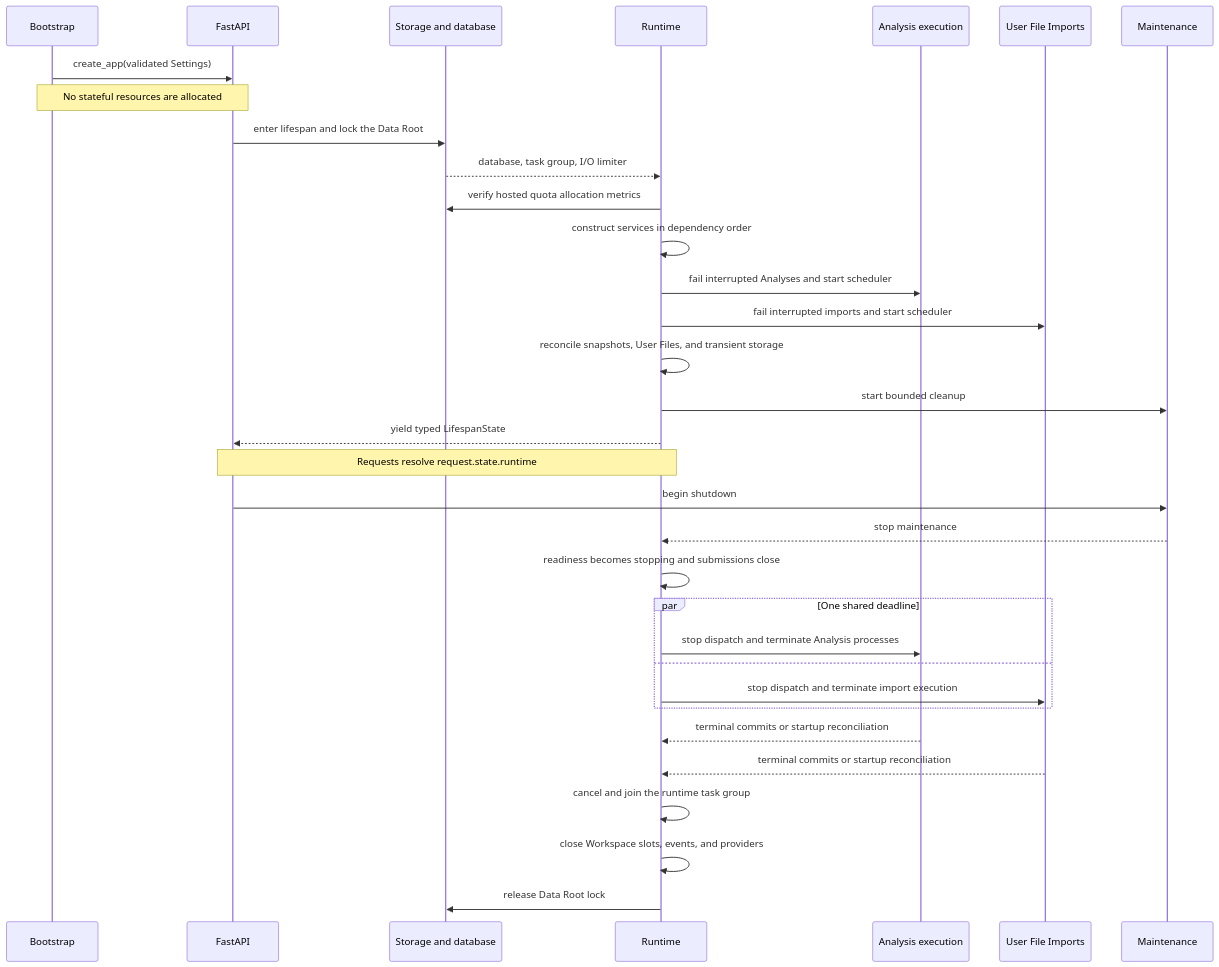
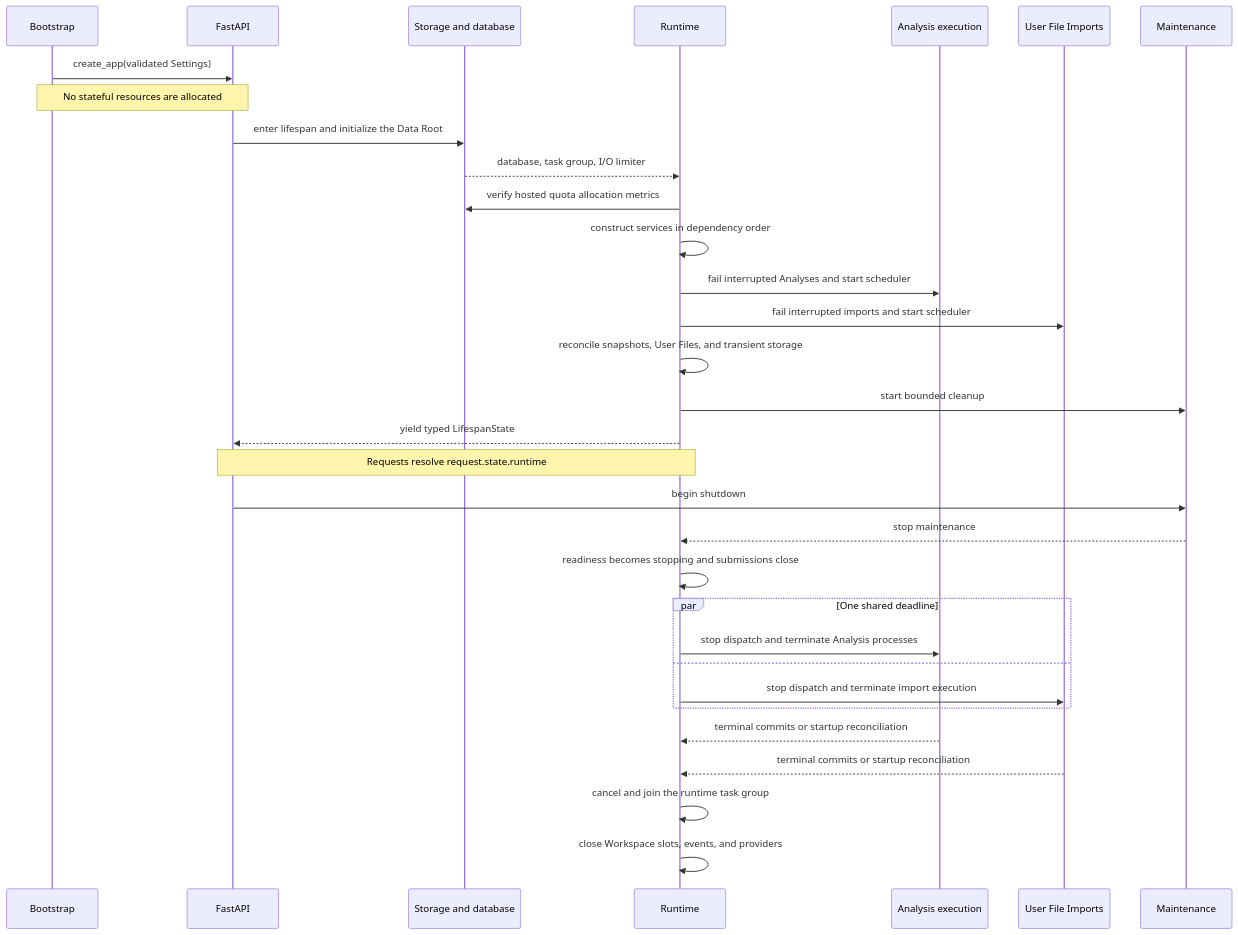
The diagram in docs/architecture/backend/runtime.md (Australian-Text-Analytics-Platform/ldaca_web_app), drawn with Mermaid before and after one commit. The commit also changed other lines of this file and 2 other files, not shown here.

Commit message:
Remove exclusive Data Root startup lock

````diff
--- a/docs/architecture/backend/runtime.md
+++ b/docs/architecture/backend/runtime.md
@@ -53,36 +53,35 @@
 ```mermaid
 sequenceDiagram
     participant Bootstrap
     participant FastAPI
     participant Storage as Storage and database
     participant Runtime
     participant Analysis as Analysis execution
     participant Imports as User File Imports
     participant Maintenance
 
     Bootstrap->>FastAPI: create_app(validated Settings)
     Note over Bootstrap,FastAPI: No stateful resources are allocated
-    FastAPI->>Storage: enter lifespan and lock the Data Root
+    FastAPI->>Storage: enter lifespan and initialize the Data Root
     Storage-->>Runtime: database, task group, I/O limiter
     Runtime->>Storage: verify hosted quota allocation metrics
     Runtime->>Runtime: construct services in dependency order
     Runtime->>Analysis: fail interrupted Analyses and start scheduler
     Runtime->>Imports: fail interrupted imports and start scheduler
     Runtime->>Runtime: reconcile snapshots, User Files, and transient storage
     Runtime->>Maintenance: start bounded cleanup
     Runtime-->>FastAPI: yield typed LifespanState
     Note over FastAPI,Runtime: Requests resolve request.state.runtime
     FastAPI->>Maintenance: begin shutdown
     Maintenance-->>Runtime: stop maintenance
     Runtime->>Runtime: readiness becomes stopping and submissions close
     par One shared deadline
         Runtime->>Analysis: stop dispatch and terminate Analysis processes
     and
         Runtime->>Imports: stop dispatch and terminate import execution
     end
     Analysis-->>Runtime: terminal commits or startup reconciliation
     Imports-->>Runtime: terminal commits or startup reconciliation
     Runtime->>Runtime: cancel and join the runtime task group
     Runtime->>Runtime: close Workspace slots, events, and providers
-    Runtime->>Storage: release Data Root lock
 ```
````
